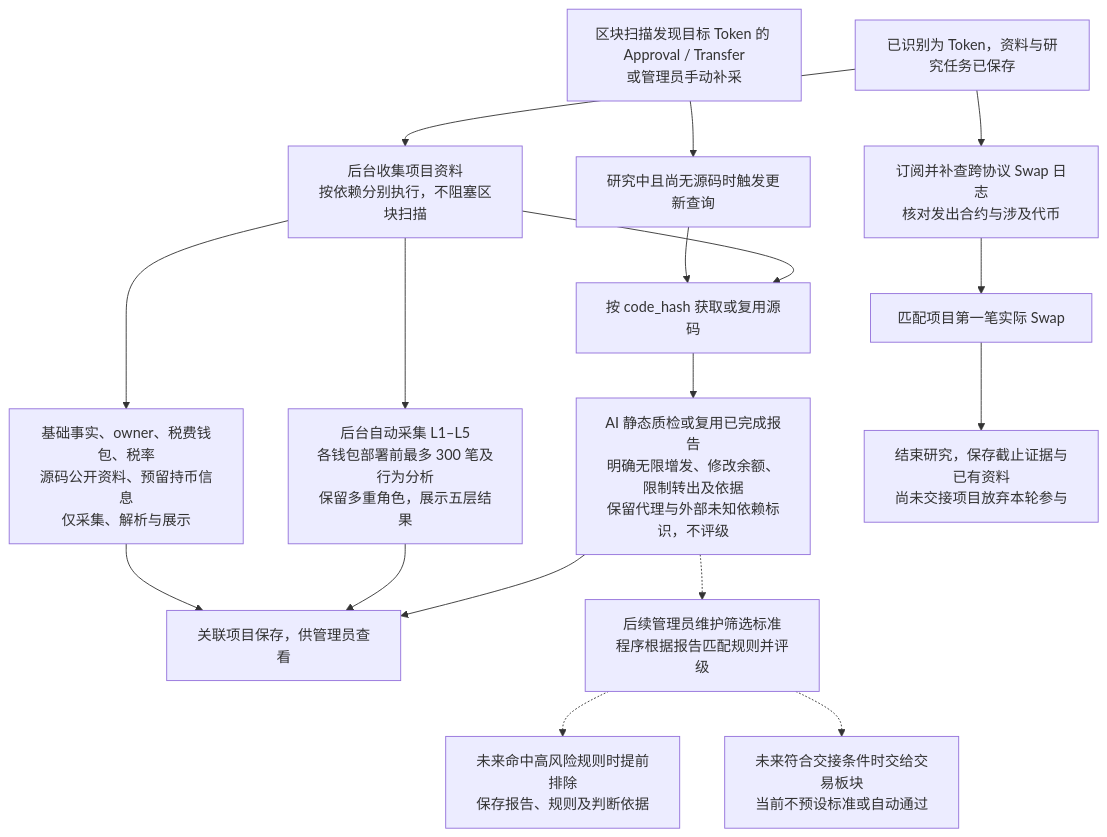
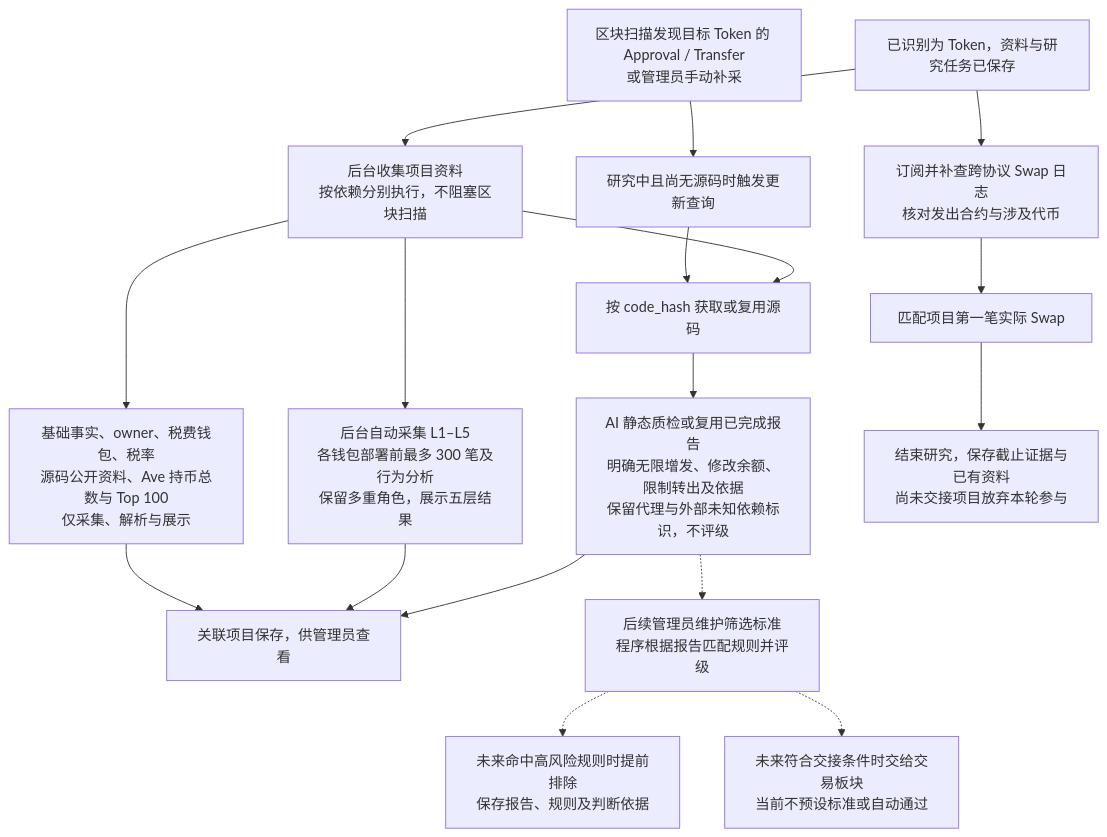
Before and after one commit to useryege/athena-o: the diagram in docs/requirements/token/token-research-flow.md, drawn with Mermaid. The commit also changed other lines of this file and 8 other files, not shown here.

````diff
--- a/docs/requirements/token/token-research-flow.md
+++ b/docs/requirements/token/token-research-flow.md
@@ -13,19 +13,19 @@
 ```mermaid
 flowchart TD
     token["已识别为 Token，资料与研究任务已保存"] --> materials["后台收集项目资料<br/>按依赖分别执行，不阻塞区块扫描"]
     materials --> source["按 code_hash 获取或复用源码"]
     source --> report["AI 静态质检或复用已完成报告<br/>明确无限增发、修改余额、限制转出及依据<br/>保留代理与外部未知依赖标识，不评级"]
     report --> display["关联项目保存，供管理员查看"]
     materials --> wallets["后台自动采集 L1–L5<br/>各钱包部署前最多 300 笔及行为分析<br/>保留多重角色，展示五层结果"]
-    materials --> others["基础事实、owner、税费钱包、税率<br/>源码公开资料、预留持币信息<br/>仅采集、解析与展示"]
+    materials --> others["基础事实、owner、税费钱包、税率<br/>源码公开资料、Ave 持币总数与 Top 100<br/>仅采集、解析与展示"]
     wallets --> display
     others --> display
     activity["区块扫描发现目标 Token 的 Approval / Transfer<br/>或管理员手动补采"] --> update["研究中且尚无源码时触发更新查询"]
     update --> source
     token --> monitor["订阅并补查跨协议 Swap 日志<br/>核对发出合约与涉及代币"]
     monitor --> first["匹配项目第一笔实际 Swap"]
     first --> stop["结束研究，保存截止证据与已有资料<br/>尚未交接项目放弃本轮参与"]
     report -.-> rule["后续管理员维护筛选标准<br/>程序根据报告匹配规则并评级"]
     rule -.-> exclude["未来命中高风险规则时提前排除<br/>保存报告、规则及判断依据"]
     rule -.-> handoff["未来符合交接条件时交给交易板块<br/>当前不预设标准或自动通过"]
 ```
````
